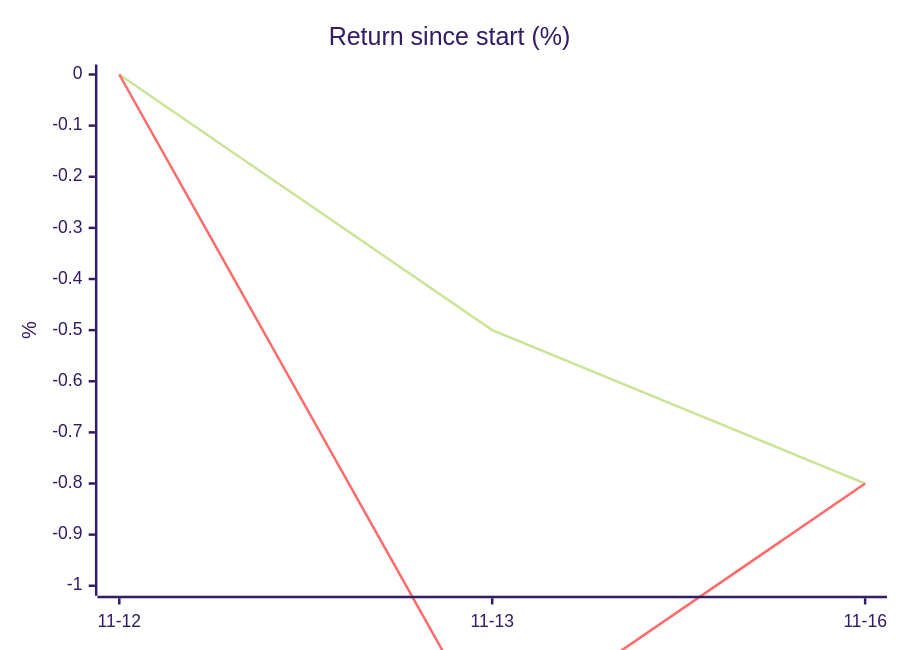
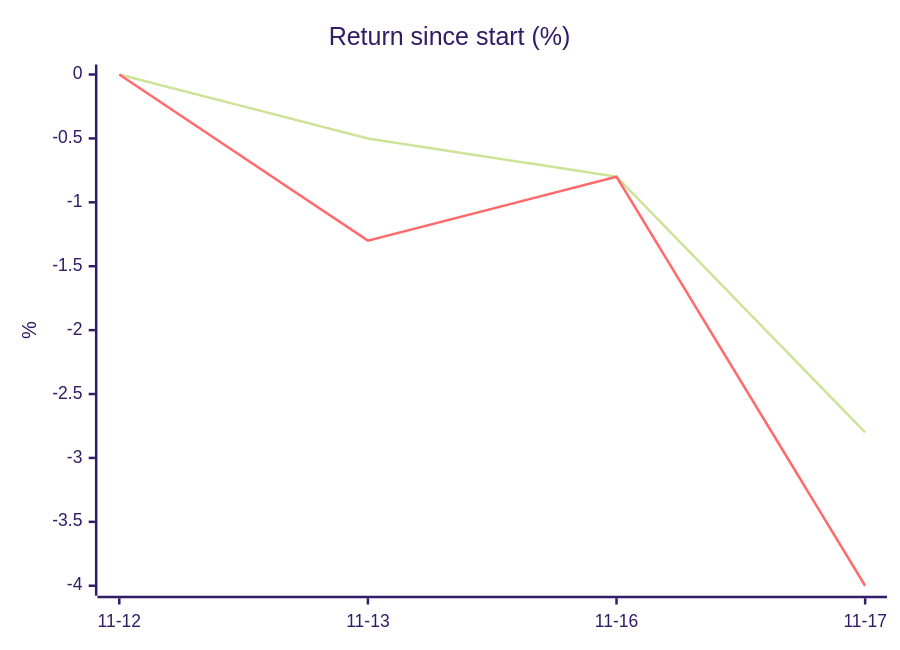
One commit to owlpowell50-creator/trading-bot changed the diagram in 06 - One-Month Trial.md. Above: the diagram before and after it, drawn with Mermaid (forest theme). The commit also changed other lines of this file and 13 other files, not shown here.

````diff
--- a/06 - One-Month Trial.md
+++ b/06 - One-Month Trial.md
@@ -31,8 +32,8 @@
 ```mermaid
 xychart-beta
     title "Return since start (%)"
-    x-axis ["11-12", "11-13", "11-16"]
-    y-axis "%" -1 --> 0
-    line [-0.0, -0.5, -0.8]
-    line [0.0, -1.3, -0.8]
+    x-axis ["11-12", "11-13", "11-16", "11-17"]
+    y-axis "%" -4 --> 0
+    line [-0.0, -0.5, -0.8, -2.8]
+    line [0.0, -1.3, -0.8, -4.0]
 ```
````
